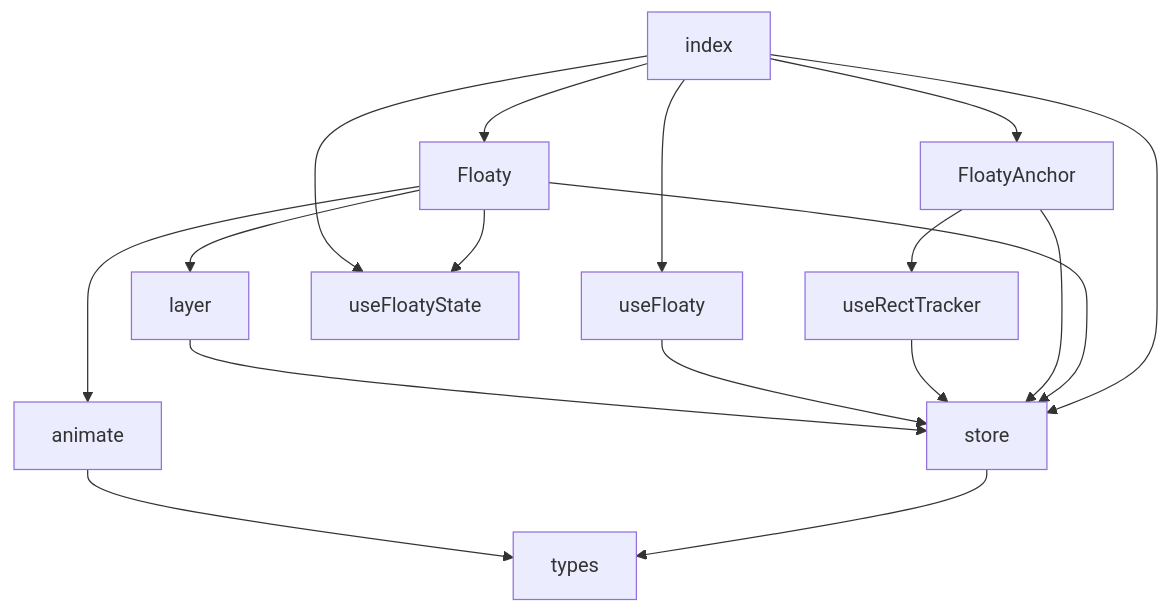
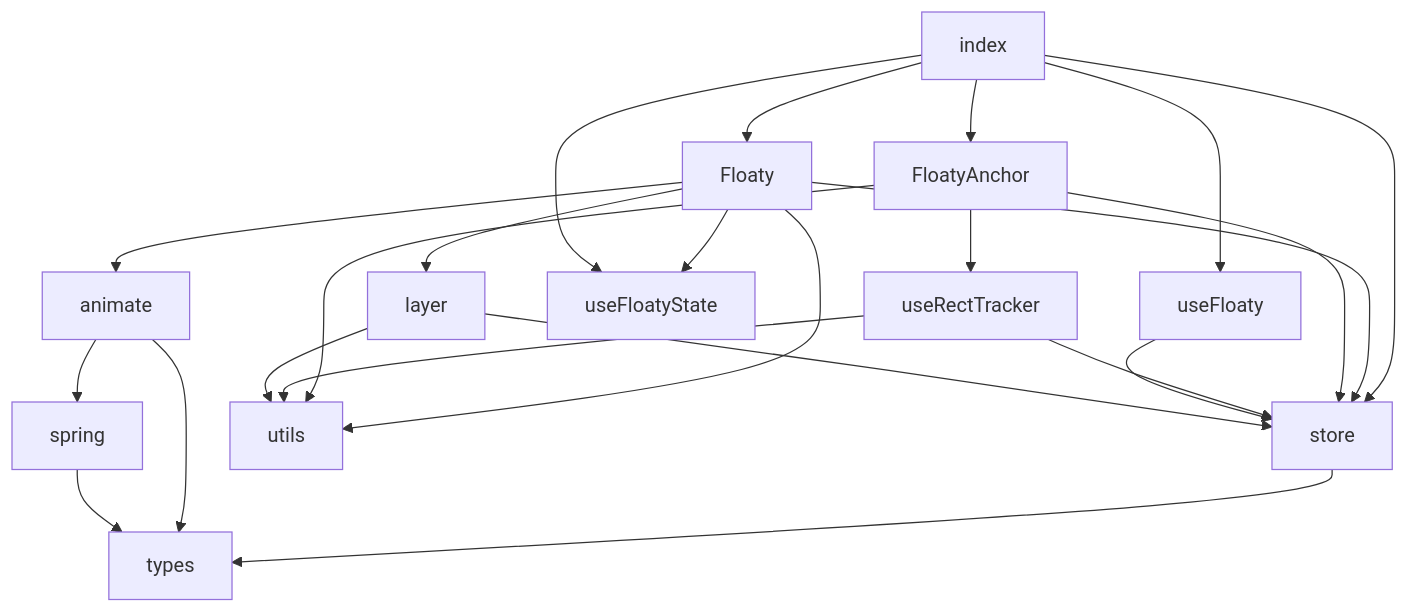
Before and after one commit to ryumy97/floaty: the second of 5 diagrams in docs/ARCHITECTURE.md, drawn with Mermaid. The commit also changed other lines of this file and 12 other files, not shown here.

````diff
--- a/docs/ARCHITECTURE.md
+++ b/docs/ARCHITECTURE.md
@@ -107,19 +110,25 @@
 ```mermaid
 flowchart TD
   index --> Floaty
   index --> FloatyAnchor
   index --> useFloaty
   index --> store
   Floaty --> layer
   Floaty --> store
   Floaty --> animate
   Floaty --> useFloatyState
   index --> useFloatyState
   FloatyAnchor --> store
   FloatyAnchor --> useRectTracker
   useRectTracker --> store
   useFloaty --> store
   layer --> store
   store --> types
+  animate --> spring
   animate --> types
+  spring --> types
+  Floaty --> utils
+  FloatyAnchor --> utils
+  useRectTracker --> utils
+  layer --> utils
 ```
````
